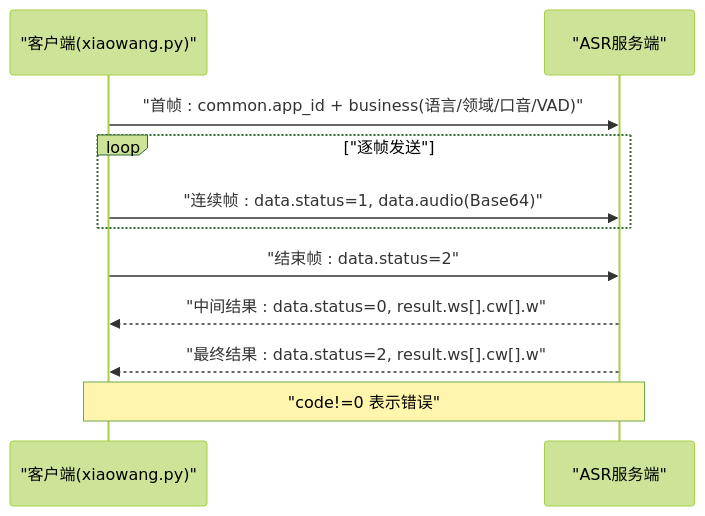
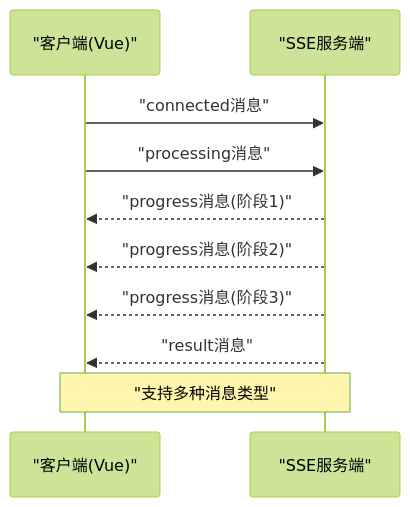
The fourth of 6 diagrams in .qoder/repowiki/zh/content/API参考/WebSocket API.md (HanHuiOnLine/724-office), drawn with Mermaid (forest theme) before and after one commit. The commit also changed other lines of this file and 5 other files, not shown here.

````diff
--- a/.qoder/repowiki/zh/content/API参考/WebSocket API.md
+++ b/.qoder/repowiki/zh/content/API参考/WebSocket API.md
@@ -186,13 +206,12 @@
 ```mermaid
 sequenceDiagram
-participant C as "客户端(xiaowang.py)"
-participant S as "ASR服务端"
-C->>S : "首帧 : common.app_id + business(语言/领域/口音/VAD)"
-loop "逐帧发送"
-C->>S : "连续帧 : data.status=1, data.audio(Base64)"
-end
-C->>S : "结束帧 : data.status=2"
-S-->>C : "中间结果 : data.status=0, result.ws[].cw[].w"
-S-->>C : "最终结果 : data.status=2, result.ws[].cw[].w"
-Note over C,S : "code!=0 表示错误"
+participant C as "客户端(Vue)"
+participant S as "SSE服务端"
+C->>S : "connected消息"
+C->>S : "processing消息"
+S-->>C : "progress消息(阶段1)"
+S-->>C : "progress消息(阶段2)"
+S-->>C : "progress消息(阶段3)"
+S-->>C : "result消息"
+Note over C,S : "支持多种消息类型"
 ```
````
